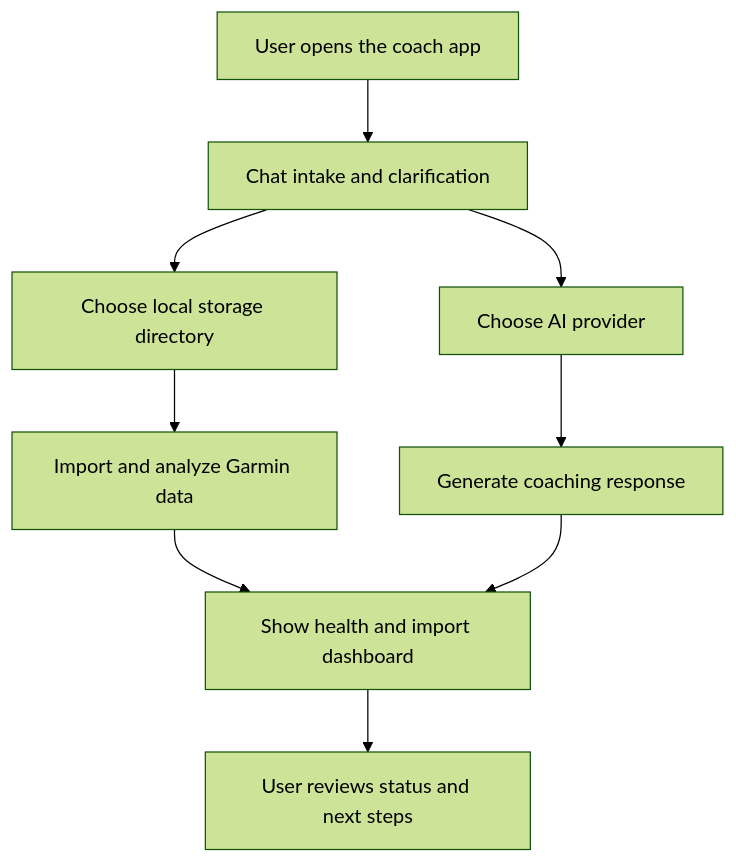
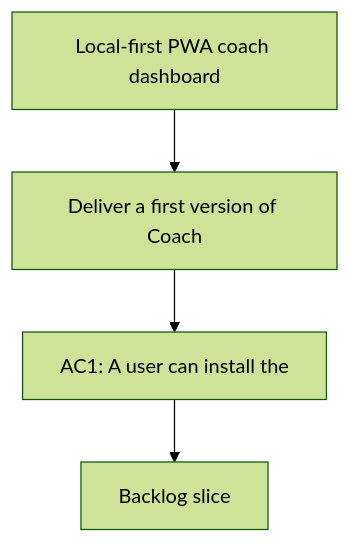
Before and after one commit to Jilanos/Coach_garmin: the diagram in logics/request/req_008_local_first_pwa_coach_dashboard.md, drawn with Mermaid (forest theme). The commit also changed other lines of this file and 86 other files, not shown here.

Commit message:
Harden chart UX and UTF-8 handling

````diff
--- a/logics/request/req_008_local_first_pwa_coach_dashboard.md
+++ b/logics/request/req_008_local_first_pwa_coach_dashboard.md
@@ -26,13 +26,8 @@
 ```mermaid
 %% logics-kind: request
 %% logics-signature: request|local-first-pwa-coach-dashboard|deliver-a-first-version-of-coach|ac1-a-user-can-install-the
 flowchart TD
-    Trigger[User opens the coach app] --> Chat[Chat intake and clarification]
-    Chat --> Storage[Choose local storage directory]
-    Chat --> AI[Choose AI provider]
-    Storage --> Data[Import and analyze Garmin data]
-    AI --> Coach[Generate coaching response]
-    Data --> Dashboard[Show health and import dashboard]
-    Coach --> Dashboard
-    Dashboard --> Feedback[User reviews status and next steps]
+    Trigger[Local-first PWA coach dashboard] --> Need[Deliver a first version of Coach]
+    Need --> Outcome[AC1: A user can install the]
+    Outcome --> Backlog[Backlog slice]
 ```
````
